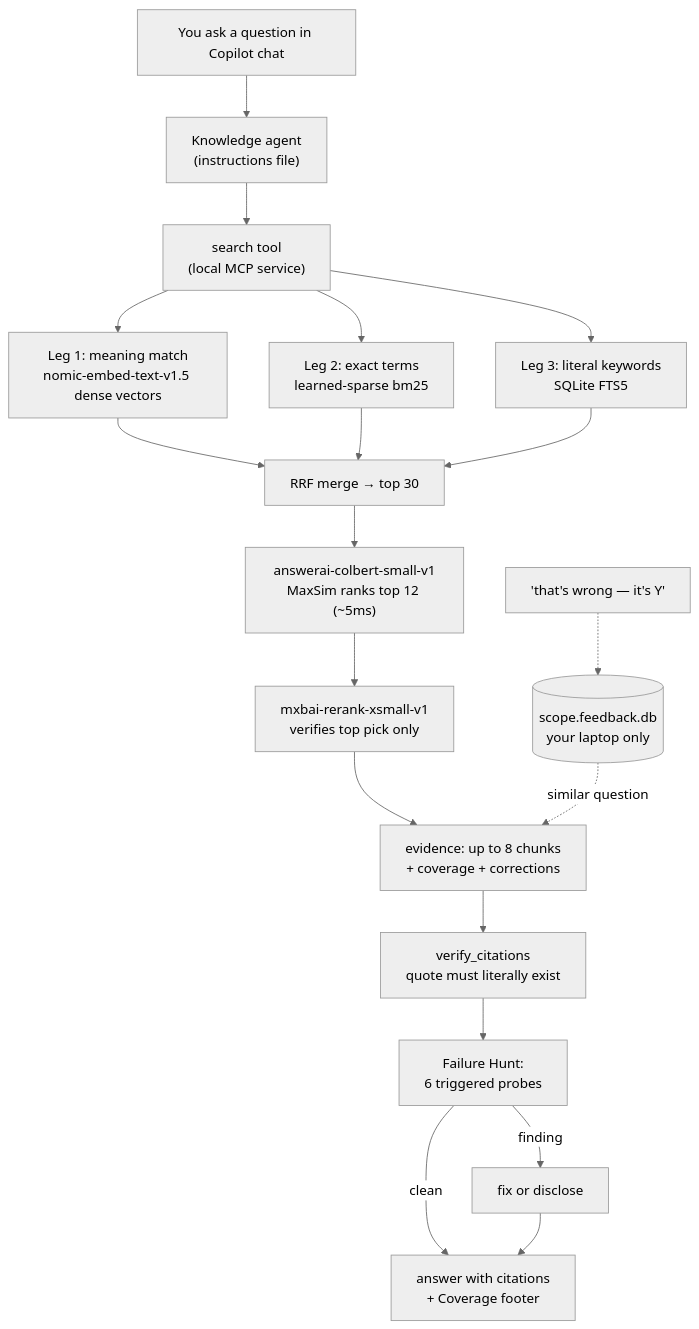
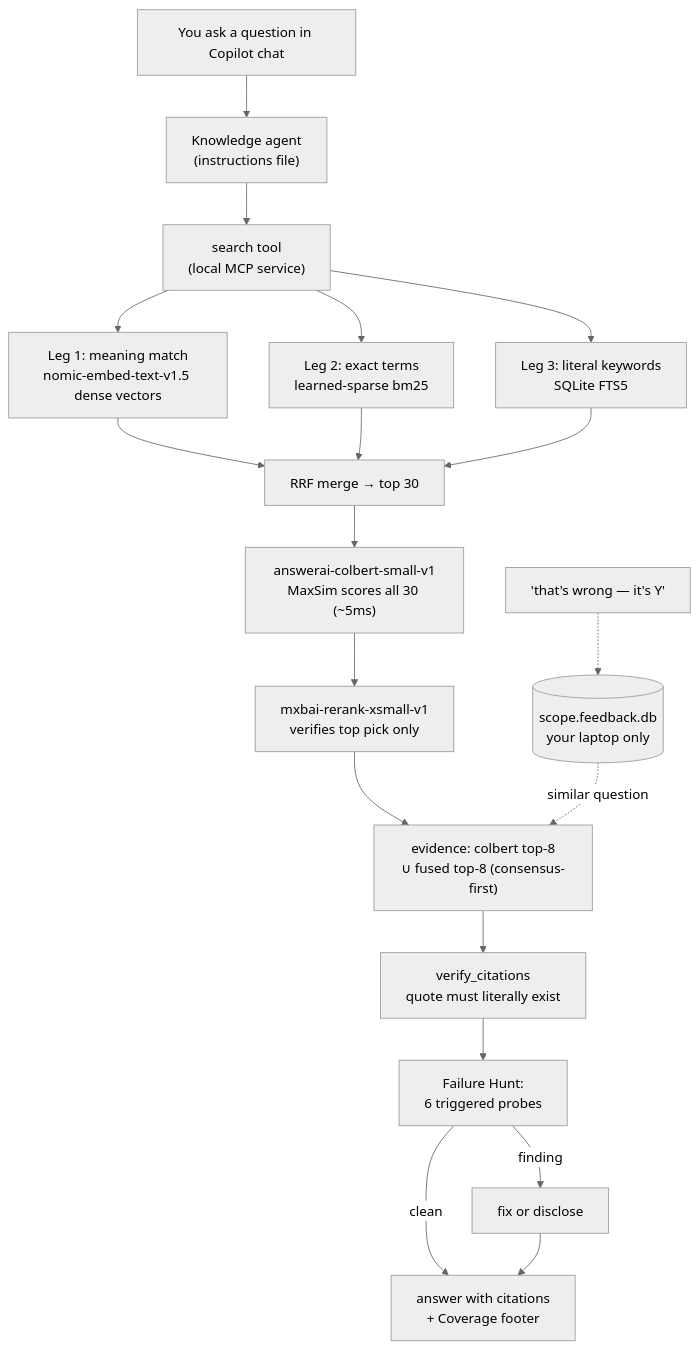
One commit to nkunal1992/agents changed the diagram in docs/knowledge-agent-kt-guide.md. Above: the diagram before and after it, drawn with Mermaid (neutral theme). The commit also changed 3 other files, not shown here.

Commit message:
#336 Union fused top-K into ColBERT evidence — rescue fusion hits MaxSim dilutes

````diff
--- a/docs/knowledge-agent-kt-guide.md
+++ b/docs/knowledge-agent-kt-guide.md
@@ -21,19 +21,19 @@
 ```mermaid
 flowchart TD
     Q["You ask a question in Copilot chat"] --> AG["Knowledge agent<br/>(instructions file)"]
     AG --> SE["search tool<br/>(local MCP service)"]
     SE --> D["Leg 1: meaning match<br/>nomic-embed-text-v1.5 dense vectors"]
     SE --> SP["Leg 2: exact terms<br/>learned-sparse bm25"]
     SE --> FT["Leg 3: literal keywords<br/>SQLite FTS5"]
     D & SP & FT --> FU["RRF merge → top 30"]
-    FU --> RR["answerai-colbert-small-v1<br/>MaxSim ranks top 12 (~5ms)"]
+    FU --> RR["answerai-colbert-small-v1<br/>MaxSim scores all 30 (~5ms)"]
     RR --> VF["mxbai-rerank-xsmall-v1<br/>verifies top pick only"]
-    VF --> EV["evidence: up to 8 chunks<br/>+ coverage + corrections"]
+    VF --> EV["evidence: colbert top-8<br/>∪ fused top-8 (consensus-first)"]
     EV --> VC["verify_citations<br/>quote must literally exist"]
     VC --> FH["Failure Hunt:<br/>6 triggered probes"]
     FH -->|finding| FX["fix or disclose"]
     FH -->|clean| ANS
     FX --> ANS["answer with citations<br/>+ Coverage footer"]
     C["'that's wrong — it's Y'"] -.-> FB[("scope.feedback.db<br/>your laptop only")]
     FB -.->|similar question| EV
 ```
````
